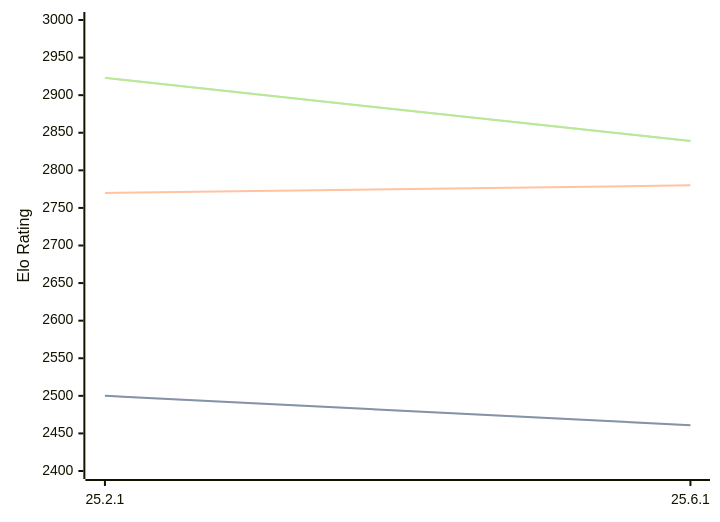
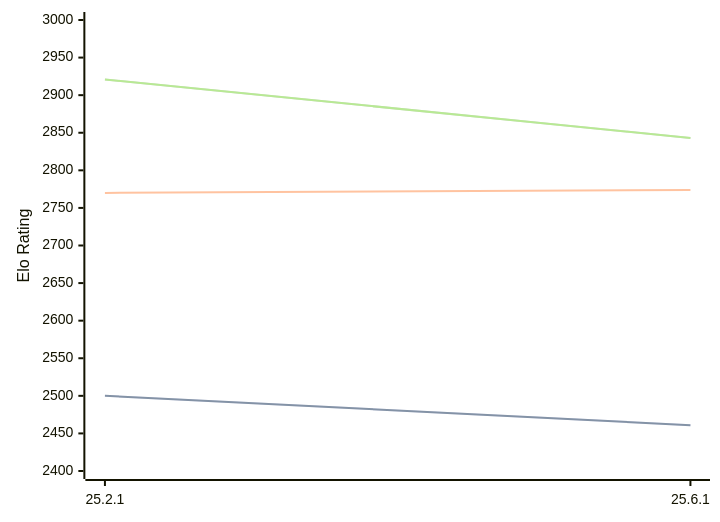
Before and after one commit to computer-chess-index/cci: the diagram in engines/Crafty.md, drawn with Mermaid. The commit also changed other lines of this file, not shown here.

Commit message:
Update CCI Ratings (ELO VLTC) - 2026-08-03

````diff
--- a/engines/Crafty.md
+++ b/engines/Crafty.md
@@ -32,11 +32,11 @@
 ```mermaid
 %%{init: {"theme":"base","themeVariables":{"seriesColors:['#a3a3a3','#222221','#faa371']}}}%%
 xychart-beta
   x-axis ["25.2.1", "25.6.1"]
   y-axis "Elo Rating" 2400 --> 3000
   line "STC (8.0+0.08s)" [2500, 2461]
   line "STC (8.0+0.08s)" [2500, 2461]
-  line "LTC (60.0+0.60s)" [2770, 2780]
-  line "VLTC (2m24s+1.12s)" [2923, 2839]
-  line "VLTC (2m24s+1.12s)" [2923, 2839]
+  line "LTC (60.0+0.60s)" [2770, 2774]
+  line "VLTC (2m24s+1.12s)" [2921, 2843]
+  line "VLTC (2m24s+1.12s)" [2921, 2843]
 ```
````
